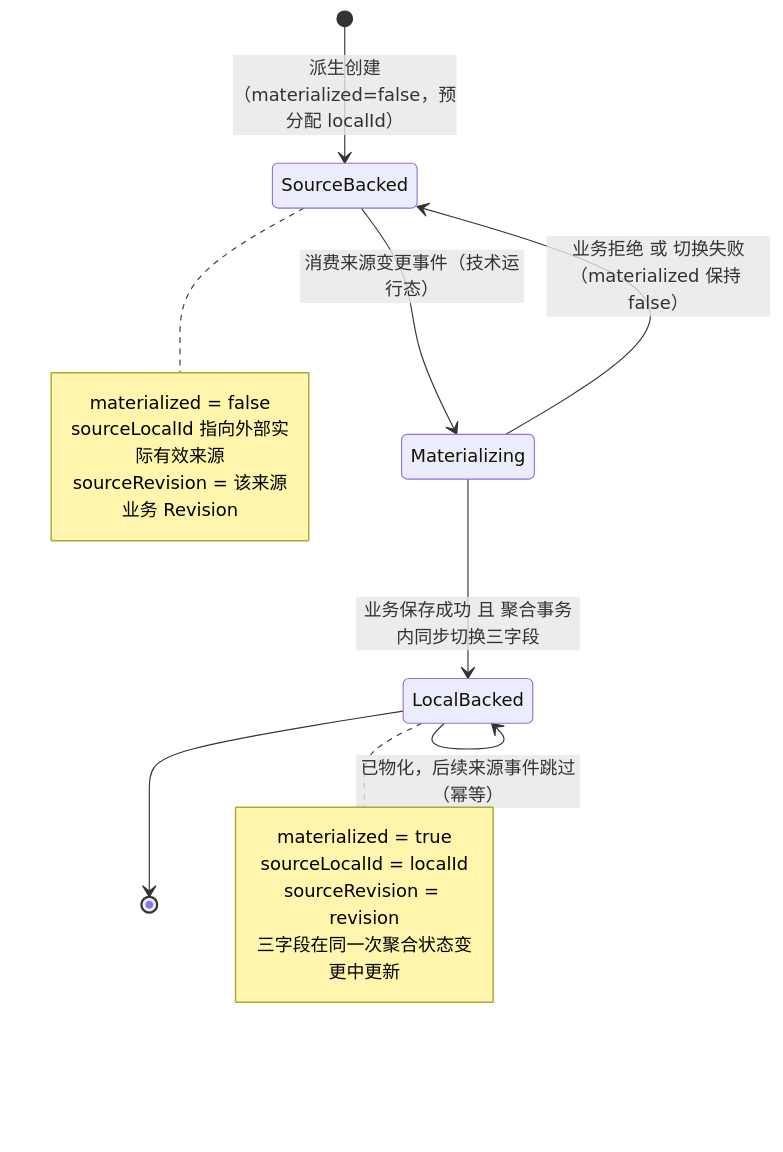
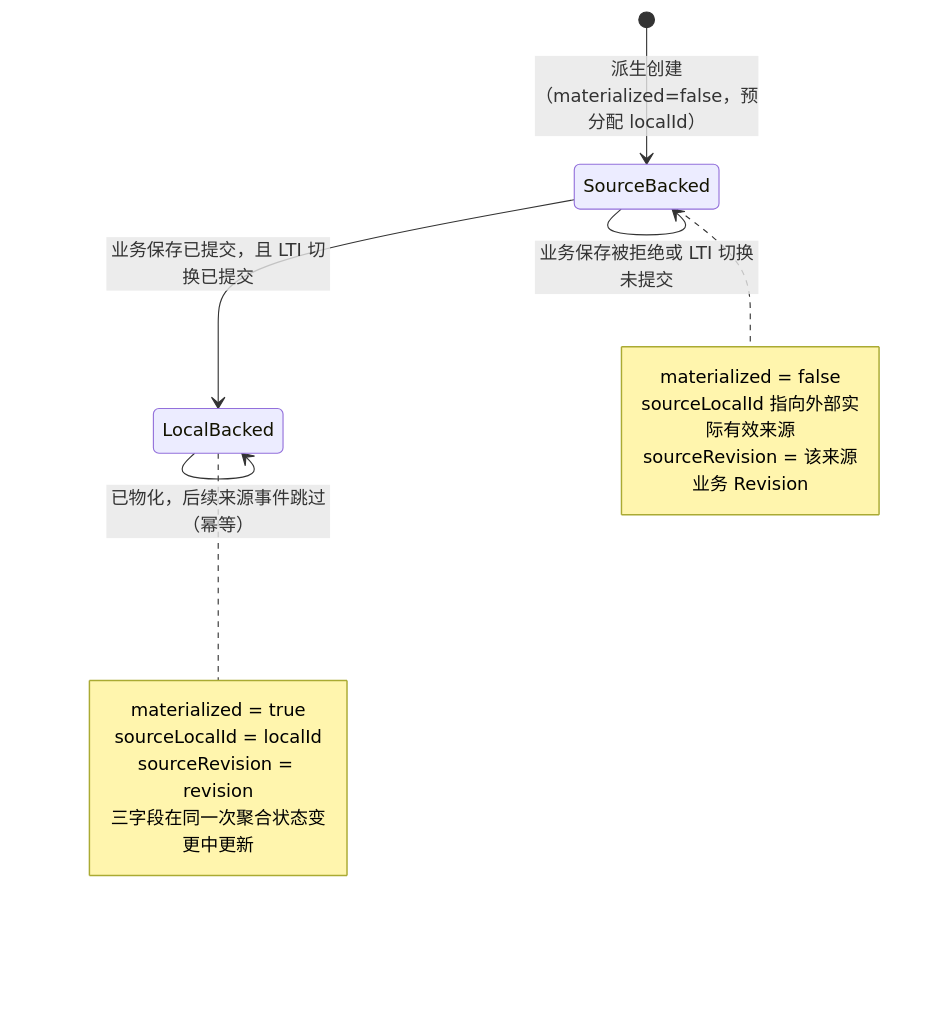
Before and after one commit to Greytrack/ddd-workingset: the first of 2 diagrams in docs/working-set/diagrams/lighttrackeritem-materialization.md, drawn with Mermaid. The commit also changed other lines of this file and 22 other files, not shown here.

````diff
--- a/docs/working-set/diagrams/lighttrackeritem-materialization.md
+++ b/docs/working-set/diagrams/lighttrackeritem-materialization.md
@@ -21,20 +21,18 @@
 ```mermaid
 stateDiagram-v2
     [*] --> SourceBacked: 派生创建（materialized=false，预分配 localId）
-    SourceBacked --> Materializing: 消费来源变更事件（技术运行态）
-    Materializing --> LocalBacked: 业务保存成功 且 聚合事务内同步切换三字段
-    Materializing --> SourceBacked: 业务拒绝 或 切换失败（materialized 保持 false）
+    SourceBacked --> LocalBacked: 业务保存已提交，且 LTI 切换已提交
+    SourceBacked --> SourceBacked: 业务保存被拒绝或 LTI 切换未提交
     LocalBacked --> LocalBacked: 已物化，后续来源事件跳过（幂等）
-    LocalBacked --> [*]
     note right of SourceBacked
       materialized = false
       sourceLocalId 指向外部实际有效来源
       sourceRevision = 该来源业务 Revision
     end note
     note right of LocalBacked
       materialized = true
       sourceLocalId = localId
       sourceRevision = revision
       三字段在同一次聚合状态变更中更新
     end note
 ```
````
